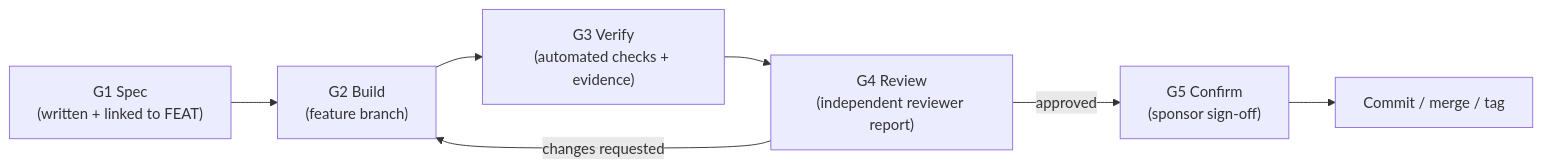
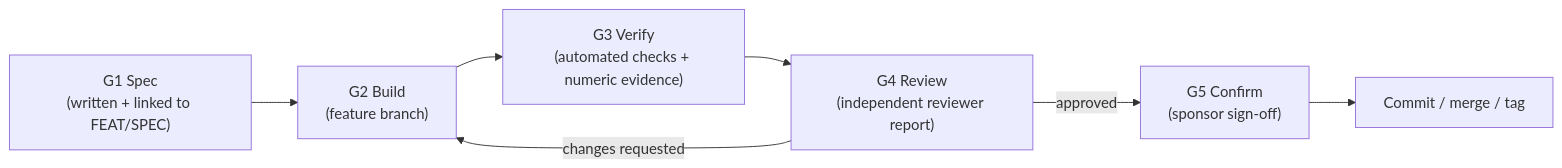
The second of 2 diagrams in BUILD.md (amandeepsinghs-cyber/HR-Finance-Agent-ONGC), drawn with Mermaid before and after one commit. The commit also changed other lines of this file and 136 other files, not shown here.

Commit message:
v3 docs baseline: feature list v3, BUILD v3, checklist v3 (P0-P5, 61 steps), BUG_REGISTER, SPEC-01..11, BEH-01..07, 51 packets, verbatim 23, decisions D-35..D-54; public data acquisition (ARs FY16-20, NSE XBRL, Damodaran). G4 approved (P0.8), sponsor G5 approved.

````diff
--- a/BUILD.md
+++ b/BUILD.md
@@ -63,9 +86,9 @@
 ```mermaid
 flowchart LR
-  S["G1 Spec<br/>(written + linked to FEAT)"] --> B["G2 Build<br/>(feature branch)"]
-  B --> V["G3 Verify<br/>(automated checks + evidence)"]
+  S["G1 Spec<br/>(written + linked to FEAT/SPEC)"] --> B["G2 Build<br/>(feature branch)"]
+  B --> V["G3 Verify<br/>(automated checks + numeric evidence)"]
   V --> R["G4 Review<br/>(independent reviewer report)"]
   R -->|changes requested| B
   R -->|approved| C["G5 Confirm<br/>(sponsor sign-off)"]
   C --> M["Commit / merge / tag"]
 ```
````
